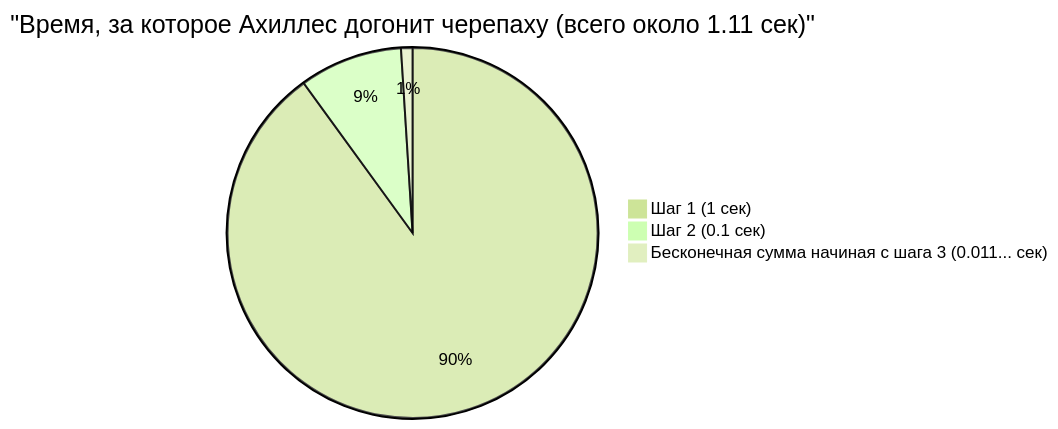
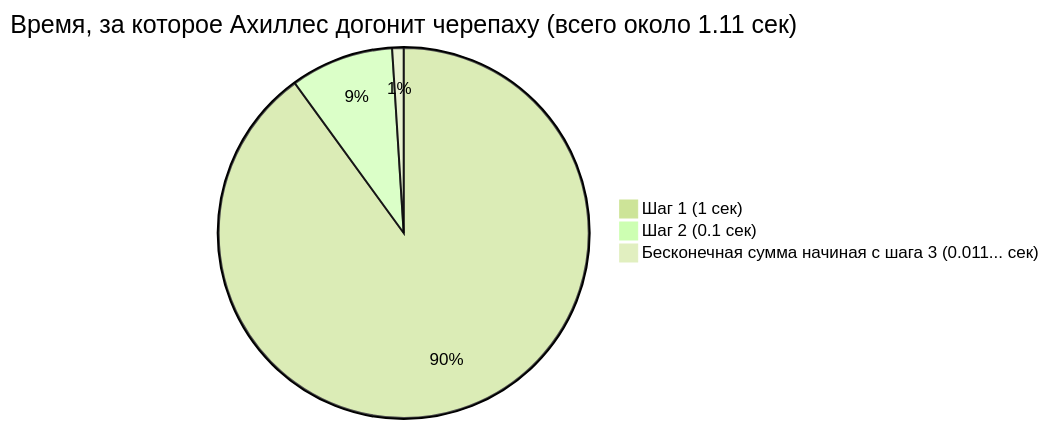
The second of 2 diagrams in content/post/アキレスと亀/index.ru.md (kenjinote/blog), drawn with Mermaid (forest theme) before and after one commit. The commit also changed other lines of this file and 703 other files, not shown here.

Commit message:
Fix: Remove quotes from Mermaid link texts and timeline definitions to support Mermaid 11.4.1

````diff
--- a/content/post/アキレスと亀/index.ru.md
+++ b/content/post/アキレスと亀/index.ru.md
@@ -116,6 +116,6 @@
 ```mermaid
-pie title "Время, за которое Ахиллес догонит черепаху (всего около 1.11 сек)"
+pie title Время, за которое Ахиллес догонит черепаху (всего около 1.11 сек)
     "Шаг 1 (1 сек)" : 90
     "Шаг 2 (0.1 сек)" : 9
     "Бесконечная сумма начиная с шага 3 (0.011... сек)" : 1
 ```
````
